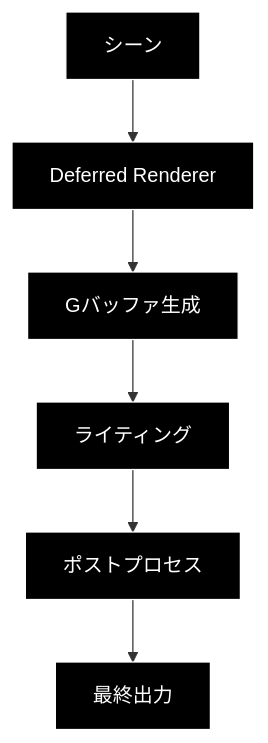
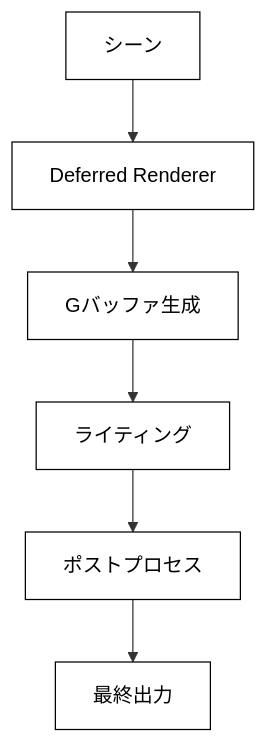
One commit to ukonpower/OREngine changed the second of 2 diagrams in docs/architecture/core.md. Above: the diagram before and after it, drawn with Mermaid. The commit also changed 6 other files, not shown here.

````diff
--- a/docs/architecture/core.md
+++ b/docs/architecture/core.md
@@ -158,15 +158,15 @@
 ```mermaid
 flowchart TB
     Scene[シーン] --> DR[Deferred Renderer]
     DR --> GBuf[Gバッファ生成]
     GBuf --> Light[ライティング]
     Light --> PP[ポストプロセス]
     PP --> Out[最終出力]
 
-    style Scene fill:#000,stroke:#fff,color:#fff
-    style DR fill:#000,stroke:#fff,color:#fff
-    style GBuf fill:#000,stroke:#fff,color:#fff
-    style Light fill:#000,stroke:#fff,color:#fff
-    style PP fill:#000,stroke:#fff,color:#fff
-    style Out fill:#000,stroke:#fff,color:#fff
+    style Scene fill:#fff,stroke:#000,color:#000
+    style DR fill:#fff,stroke:#000,color:#000
+    style GBuf fill:#fff,stroke:#000,color:#000
+    style Light fill:#fff,stroke:#000,color:#000
+    style PP fill:#fff,stroke:#000,color:#000
+    style Out fill:#fff,stroke:#000,color:#000
 ```
````
